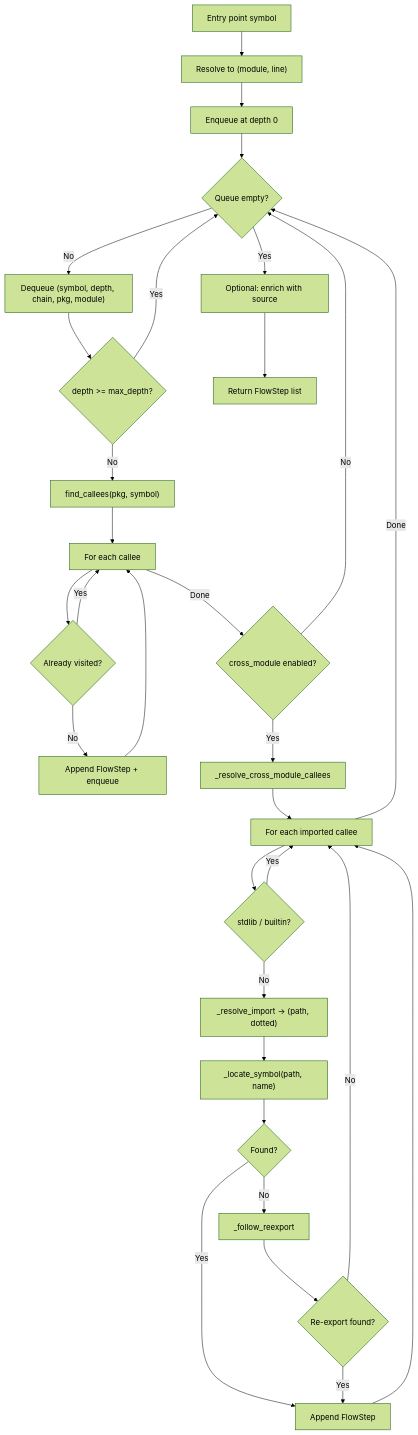
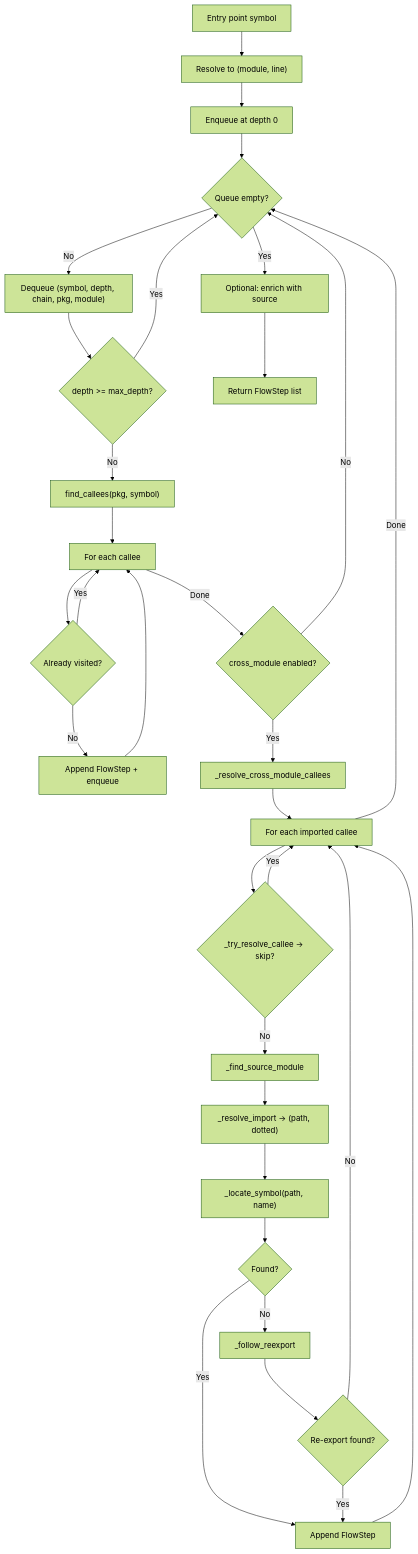
Before and after one commit to axm-protocols/axm-forge: the diagram in packages/axm-ast/docs/explanation/cross_module_resolution.md, drawn with Mermaid (forest theme). The commit also changed other lines of this file and 2 other files, not shown here.

First line of the commit message:
refactor(ast): reduce complexity of _resolve_cross_module_callees (CC 14→9)

````diff
--- a/packages/axm-ast/docs/explanation/cross_module_resolution.md
+++ b/packages/axm-ast/docs/explanation/cross_module_resolution.md
@@ -7,33 +7,34 @@
 ```mermaid
 flowchart TD
     A["Entry point symbol"] --> B["Resolve to (module, line)"]
     B --> C["Enqueue at depth 0"]
     C --> D{"Queue empty?"}
     D -- No --> E["Dequeue (symbol, depth, chain, pkg, module)"]
     E --> F{"depth >= max_depth?"}
     F -- Yes --> D
     F -- No --> G["find_callees(pkg, symbol)"]
     G --> H["For each callee"]
     H --> I{"Already visited?"}
     I -- Yes --> H
     I -- No --> J["Append FlowStep + enqueue"]
     J --> H
     H -- Done --> K{"cross_module enabled?"}
     K -- No --> D
     K -- Yes --> L["_resolve_cross_module_callees"]
     L --> M["For each imported callee"]
-    M --> N{"stdlib / builtin?"}
+    M --> N{"_try_resolve_callee → skip?"}
     N -- Yes --> M
-    N -- No --> O["_resolve_import → (path, dotted)"]
+    N -- No --> N2["_find_source_module"]
+    N2 --> O["_resolve_import → (path, dotted)"]
     O --> P["_locate_symbol(path, name)"]
     P --> Q{"Found?"}
     Q -- Yes --> R["Append FlowStep"]
     Q -- No --> S["_follow_reexport"]
     S --> T{"Re-export found?"}
     T -- Yes --> R
     T -- No --> M
     R --> M
     M -- Done --> D
     D -- Yes --> U["Optional: enrich with source"]
     U --> V["Return FlowStep list"]
 ```
````
